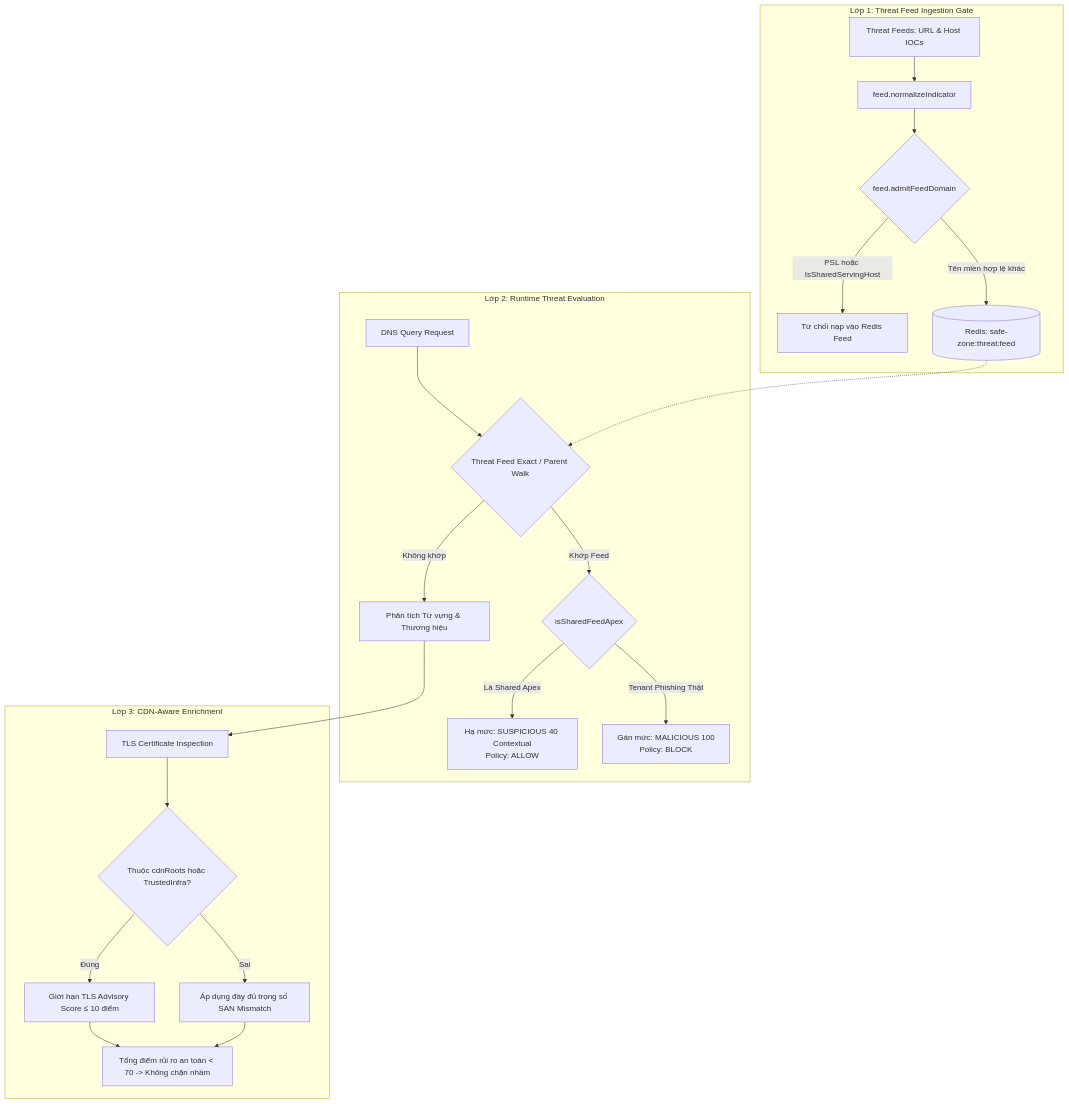
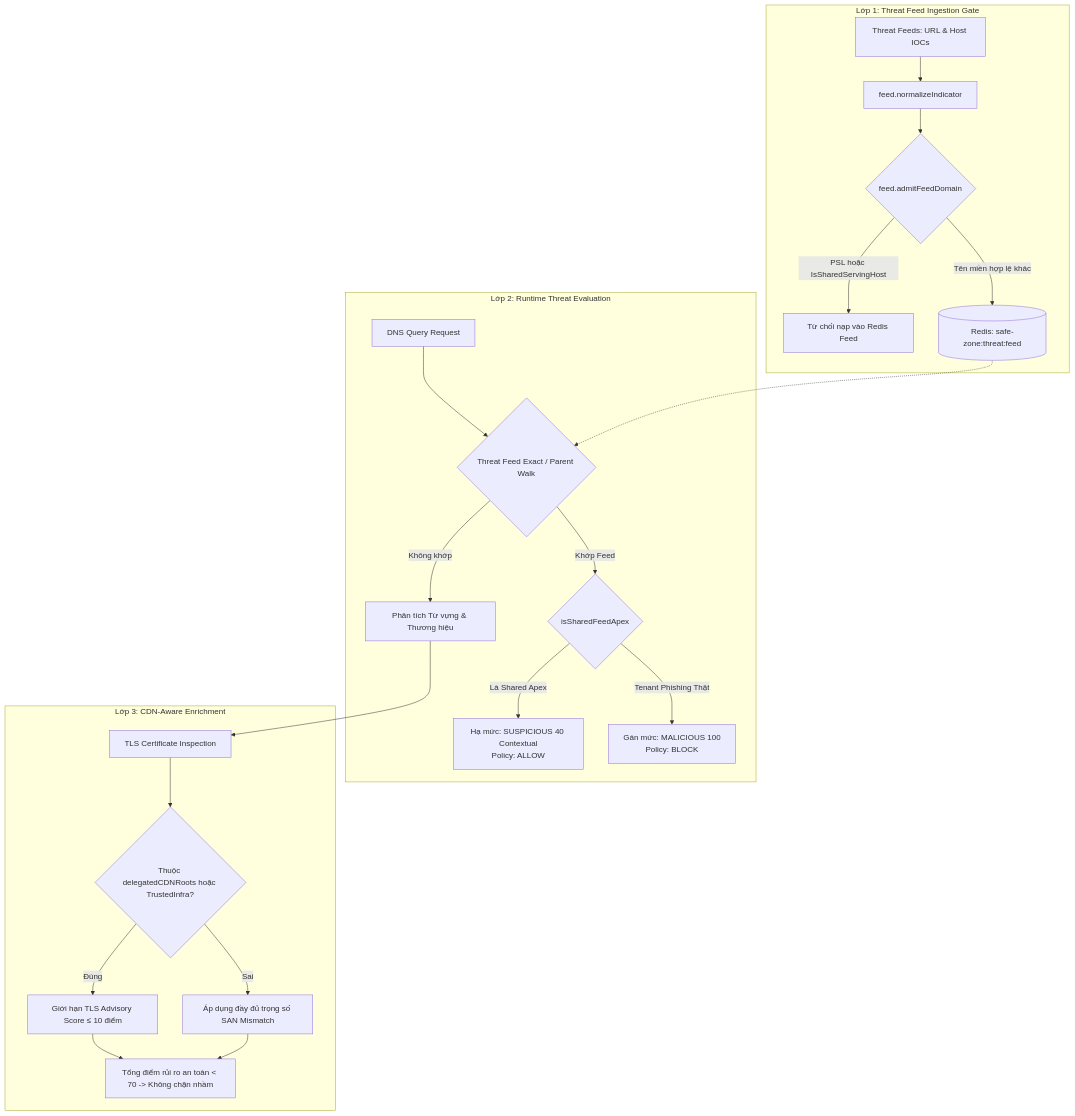
One commit to vmcchooky/safe-zone changed the diagram in docs/research/security/cdn-false-positive-hardening.md. Above: the diagram before and after it, drawn with Mermaid. The commit also changed other lines of this file and 2 other files, not shown here.

Commit message:
docs(security): record CDN false-positive decision memory

````diff
--- a/docs/research/security/cdn-false-positive-hardening.md
+++ b/docs/research/security/cdn-false-positive-hardening.md
@@ -16,27 +16,27 @@
 ```mermaid
 flowchart TD
     subgraph Ingestion [Lớp 1: Threat Feed Ingestion Gate]
         FeedRaw[Threat Feeds: URL & Host IOCs] --> FeedParser[feed.normalizeIndicator]
         FeedParser --> FeedFilter{feed.admitFeedDomain}
         FeedFilter -- "PSL hoặc IsSharedServingHost" --> DropMember[Từ chối nạp vào Redis Feed]
         FeedFilter -- "Tên miền hợp lệ khác" --> RedisFeed[(Redis: safe-zone:threat:feed)]
     end
 
     subgraph RuntimeEval [Lớp 2: Runtime Threat Evaluation]
         DNSQuery[DNS Query Request] --> ExactCheck{Threat Feed Exact / Parent Walk}
         RedisFeed -.-> ExactCheck
         ExactCheck -- "Khớp Feed" --> ApexCheck{isSharedFeedApex}
         ApexCheck -- "Là Shared Apex" --> ContextualVerdict[Hạ mức: SUSPICIOUS 40 Contextual\nPolicy: ALLOW]
         ApexCheck -- "Tenant Phishing Thật" --> MaliciousVerdict[Gán mức: MALICIOUS 100\nPolicy: BLOCK]
         ExactCheck -- "Không khớp" --> LexicalEval[Phân tích Từ vựng & Thương hiệu]
     end
 
     subgraph EnrichmentEval [Lớp 3: CDN-Aware Enrichment]
         LexicalEval --> TLSInspect[TLS Certificate Inspection]
-        TLSInspect --> CDNGate{Thuộc cdnRoots hoặc TrustedInfra?}
+        TLSInspect --> CDNGate{Thuộc delegatedCDNRoots hoặc TrustedInfra?}
         CDNGate -- "Đúng" --> CapTLS[Giới hạn TLS Advisory Score ≤ 10 điểm]
         CDNGate -- "Sai" --> FullTLS[Áp dụng đầy đủ trọng số SAN Mismatch]
         CapTLS --> FinalScore[Tổng điểm rủi ro an toàn < 70 -> Không chặn nhầm]
         FullTLS --> FinalScore
     end
 ```
````
